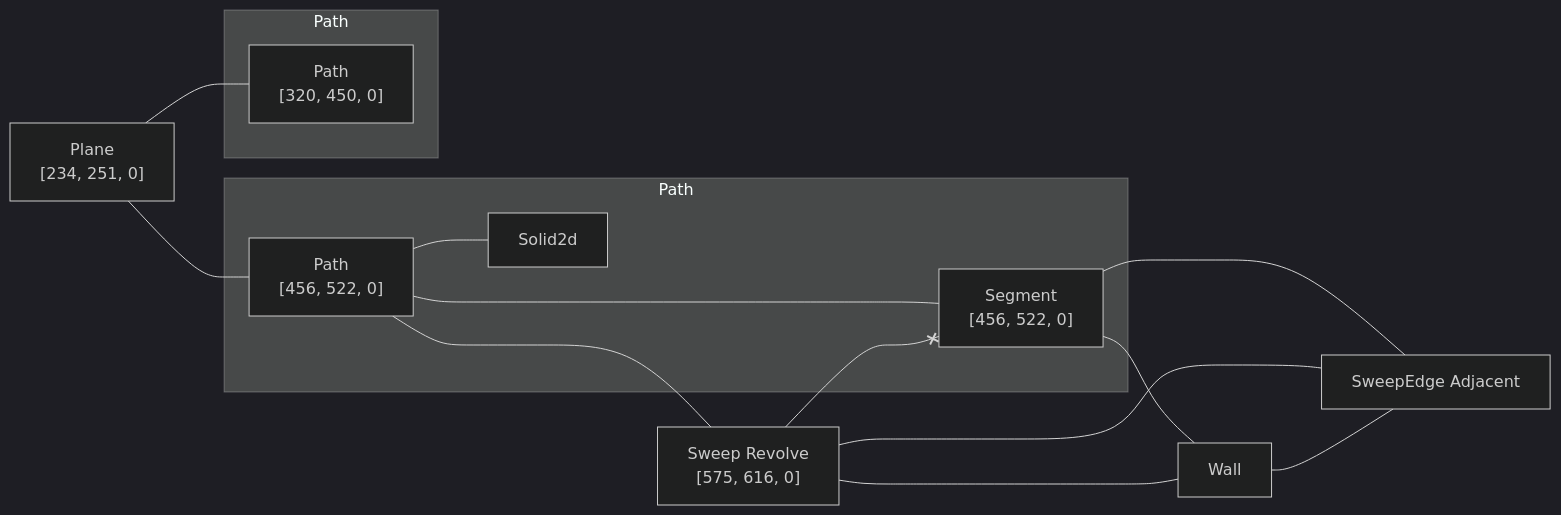
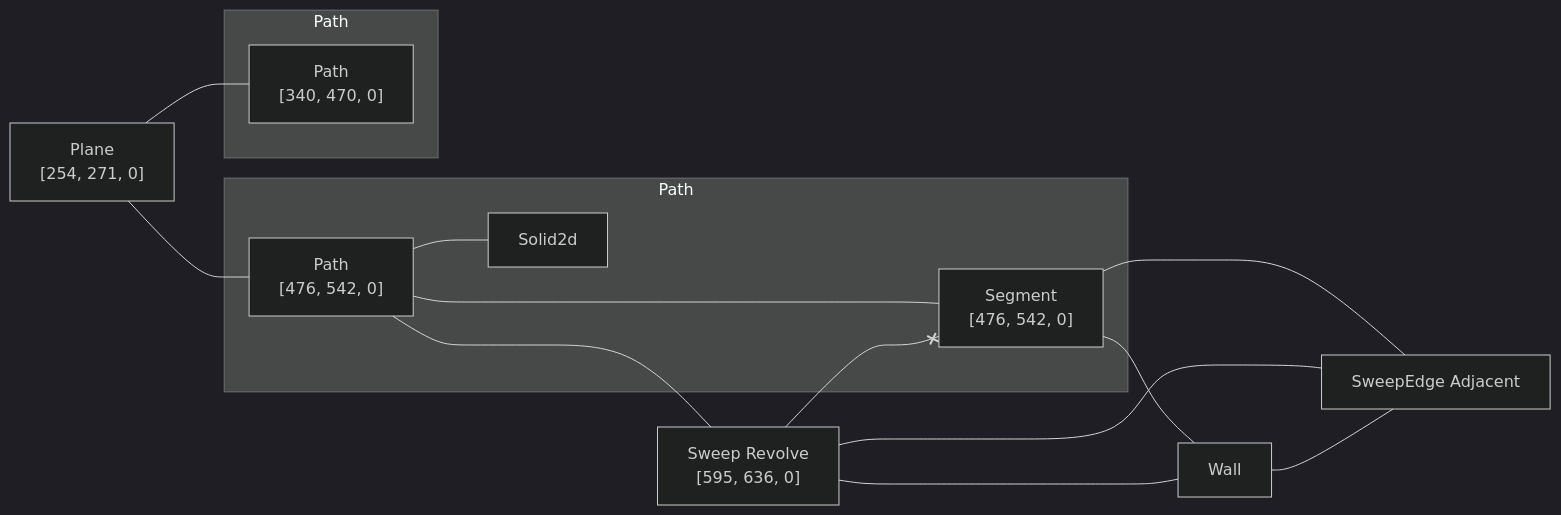
One commit to KittyCAD/modeling-app changed the diagram in rust/kcl-lib/tests/kcl_samples/torus/artifact_graph_flowchart.snap.md. Above: the diagram before and after it, drawn with Mermaid (dark theme). The commit also changed 319 other files, not shown here.

````diff
--- a/rust/kcl-lib/tests/kcl_samples/torus/artifact_graph_flowchart.snap.md
+++ b/rust/kcl-lib/tests/kcl_samples/torus/artifact_graph_flowchart.snap.md
@@ -1,32 +1,32 @@
 ```mermaid
 flowchart LR
   subgraph path2 [Path]
-    2["Path<br>[320, 450, 0]"]
+    2["Path<br>[340, 470, 0]"]
       %% [ProgramBodyItem { index: 3 }, VariableDeclarationDeclaration, VariableDeclarationInit, PipeBodyItem { index: 0 }]
   end
   subgraph path3 [Path]
-    3["Path<br>[456, 522, 0]"]
+    3["Path<br>[476, 542, 0]"]
       %% [ProgramBodyItem { index: 3 }, VariableDeclarationDeclaration, VariableDeclarationInit, PipeBodyItem { index: 1 }]
-    4["Segment<br>[456, 522, 0]"]
+    4["Segment<br>[476, 542, 0]"]
       %% [ProgramBodyItem { index: 3 }, VariableDeclarationDeclaration, VariableDeclarationInit, PipeBodyItem { index: 1 }]
     5[Solid2d]
   end
-  1["Plane<br>[234, 251, 0]"]
+  1["Plane<br>[254, 271, 0]"]
     %% [ProgramBodyItem { index: 2 }, VariableDeclarationDeclaration, VariableDeclarationInit]
-  6["Sweep Revolve<br>[575, 616, 0]"]
+  6["Sweep Revolve<br>[595, 636, 0]"]
     %% [ProgramBodyItem { index: 4 }, VariableDeclarationDeclaration, VariableDeclarationInit]
   7[Wall]
     %% face_code_ref=Missing NodePath
   8["SweepEdge Adjacent"]
   1 --- 2
   1 --- 3
   3 --- 4
   3 --- 5
   3 ---- 6
   6 <--x 4
   4 --- 7
   4 --- 8
   6 --- 7
   6 --- 8
   7 --- 8
 ```
````
